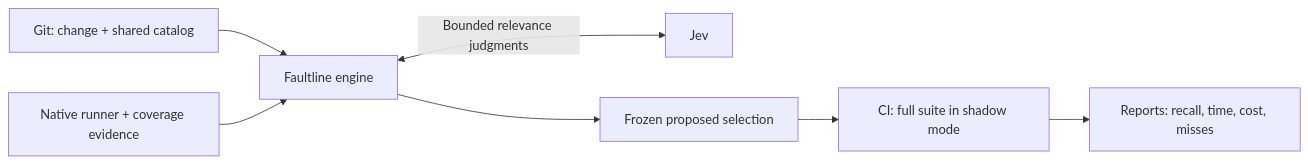
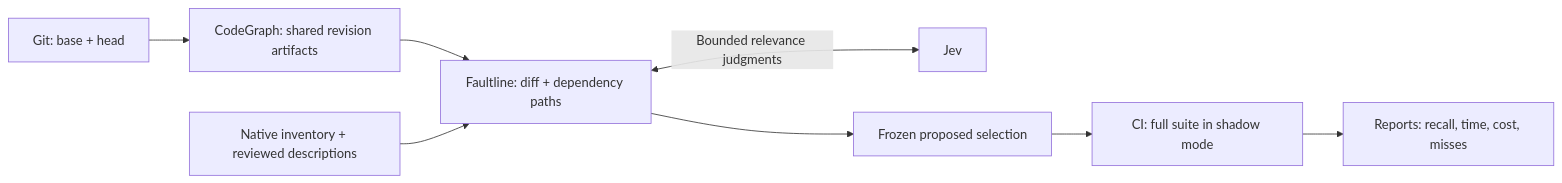
The diagram in README.md (ronaldtebrake/faultline), drawn with Mermaid before and after one commit. The commit also changed other lines of this file and 4 other files, not shown here.

Commit message:
Document CodeGraph architecture and installation

````diff
--- a/README.md
+++ b/README.md
@@ -25,9 +25,10 @@
 ```mermaid
 flowchart LR
-    G["Git: change + shared catalog"] --> F["Faultline engine"]
-    T["Native runner + coverage evidence"] --> F
+    G["Git: base + head"] --> CGraph["CodeGraph: shared revision artifacts"]
+    CGraph --> F["Faultline: diff + dependency paths"]
+    T["Native inventory + reviewed descriptions"] --> F
     F <-->|"Bounded relevance judgments"| J["Jev"]
     F --> S["Frozen proposed selection"]
     S --> C["CI: full suite in shadow mode"]
     C --> R["Reports: recall, time, cost, misses"]
 ```
````
